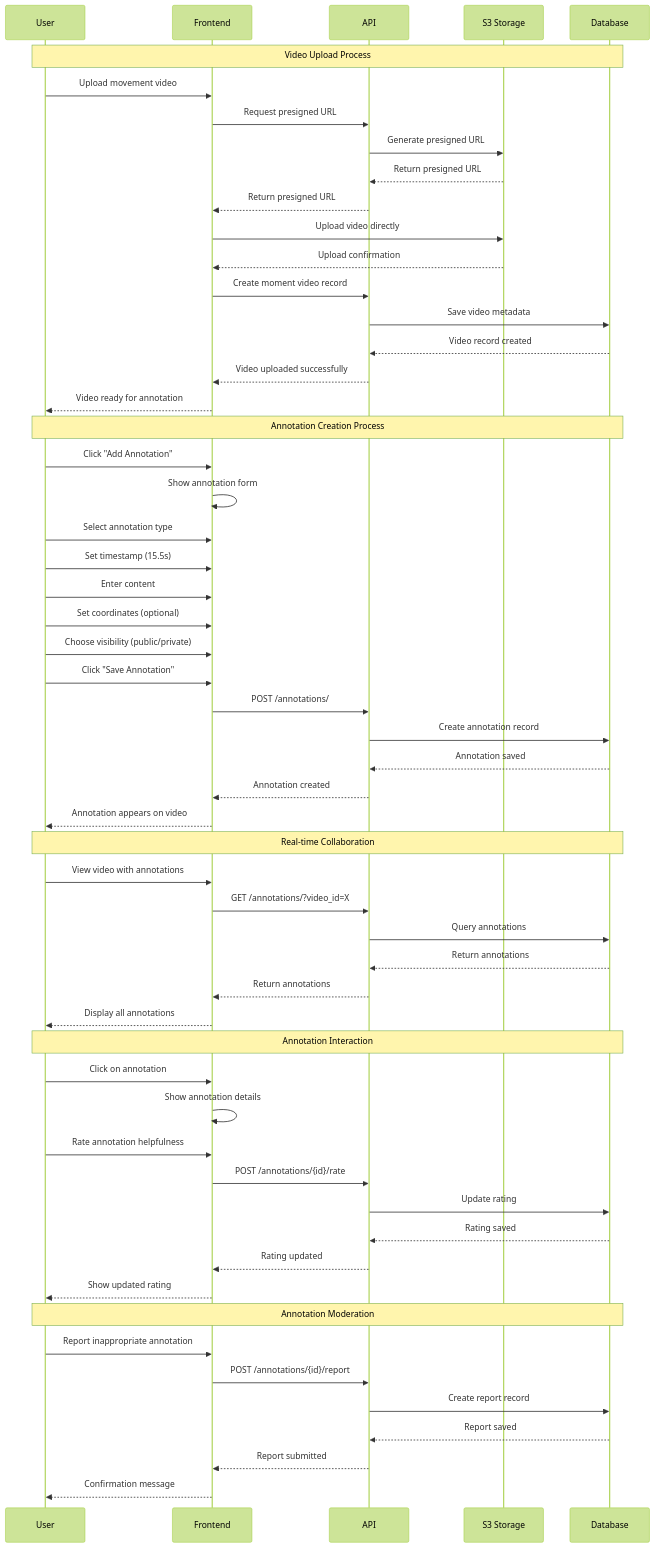
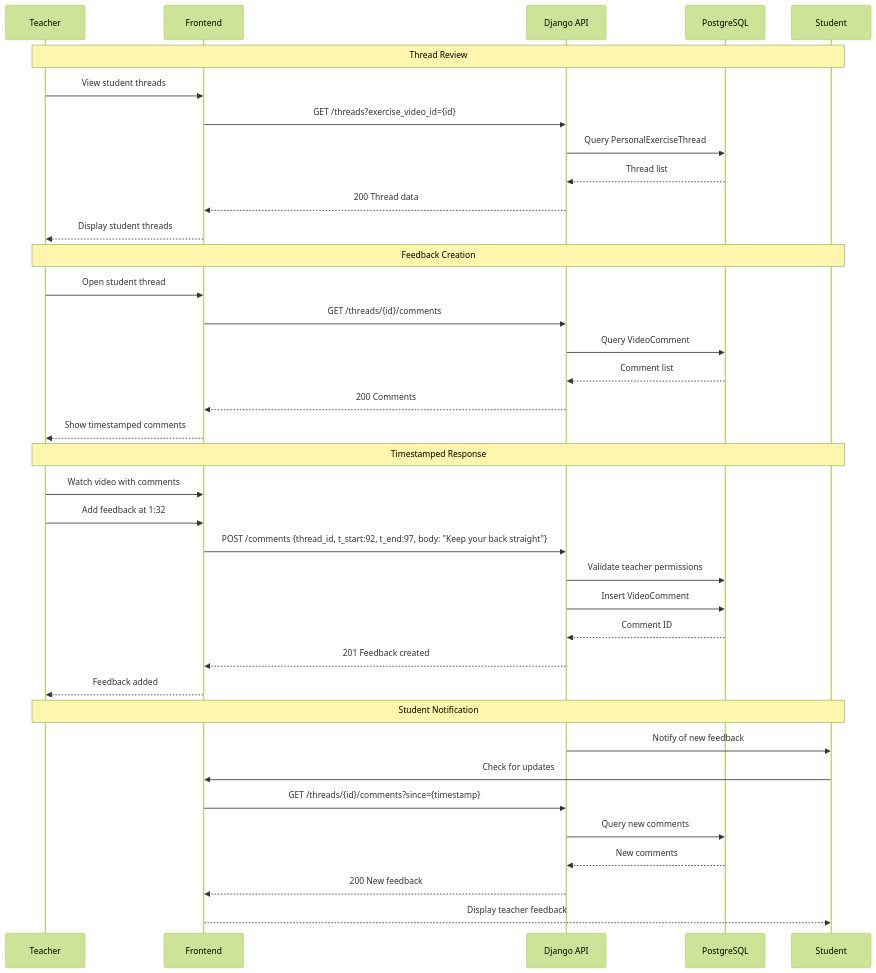
Before and after one commit to jacpagan/practica: the fourth of 9 diagrams in docs/flows/video-annotation-flow.md, drawn with Mermaid (forest theme). The commit also changed other lines of this file and 262 other files, not shown here.

First line of the commit message:
Clean up Practika project: Remove all code, keep only documentation

````diff
--- a/docs/flows/video-annotation-flow.md
+++ b/docs/flows/video-annotation-flow.md
@@ -3,63 +85,43 @@
 ```mermaid
 sequenceDiagram
-    participant U as User
-    participant F as Frontend
-    participant A as API
-    participant S3 as S3 Storage
-    participant DB as Database
+    participant T as Teacher
+    participant FE as Frontend
+    participant API as Django API
+    participant DB as PostgreSQL
+    participant S as Student
 
-    Note over U,DB: Video Upload Process
-    U->>F: Upload movement video
-    F->>A: Request presigned URL
-    A->>S3: Generate presigned URL
-    S3-->>A: Return presigned URL
-    A-->>F: Return presigned URL
-    F->>S3: Upload video directly
-    S3-->>F: Upload confirmation
-    F->>A: Create moment video record
-    A->>DB: Save video metadata
-    DB-->>A: Video record created
-    A-->>F: Video uploaded successfully
-    F-->>U: Video ready for annotation
+    Note over T,S: Thread Review
+    T->>FE: View student threads
+    FE->>API: GET /threads?exercise_video_id={id}
+    API->>DB: Query PersonalExerciseThread
+    DB-->>API: Thread list
+    API-->>FE: 200 Thread data
+    FE-->>T: Display student threads
 
-    Note over U,DB: Annotation Creation Process
-    U->>F: Click "Add Annotation"
-    F->>F: Show annotation form
-    U->>F: Select annotation type
-    U->>F: Set timestamp (15.5s)
-    U->>F: Enter content
-    U->>F: Set coordinates (optional)
-    U->>F: Choose visibility (public/private)
-    U->>F: Click "Save Annotation"
-    F->>A: POST /annotations/
-    A->>DB: Create annotation record
-    DB-->>A: Annotation saved
-    A-->>F: Annotation created
-    F-->>U: Annotation appears on video
+    Note over T,S: Feedback Creation
+    T->>FE: Open student thread
+    FE->>API: GET /threads/{id}/comments
+    API->>DB: Query VideoComment
+    DB-->>API: Comment list
+    API-->>FE: 200 Comments
+    FE-->>T: Show timestamped comments
 
-    Note over U,DB: Real-time Collaboration
-    U->>F: View video with annotations
-    F->>A: GET /annotations/?video_id=X
-    A->>DB: Query annotations
-    DB-->>A: Return annotations
-    A-->>F: Return annotations
-    F-->>U: Display all annotations
+    Note over T,S: Timestamped Response
+    T->>FE: Watch video with comments
+    T->>FE: Add feedback at 1:32
+    FE->>API: POST /comments {thread_id, t_start:92, t_end:97, body: "Keep your back straight"}
+    API->>DB: Validate teacher permissions
+    API->>DB: Insert VideoComment
+    DB-->>API: Comment ID
+    API-->>FE: 201 Feedback created
+    FE-->>T: Feedback added
 
-    Note over U,DB: Annotation Interaction
-    U->>F: Click on annotation
-    F->>F: Show annotation details
-    U->>F: Rate annotation helpfulness
-    F->>A: POST /annotations/{id}/rate
-    A->>DB: Update rating
-    DB-->>A: Rating saved
-    A-->>F: Rating updated
-    F-->>U: Show updated rating
-
-    Note over U,DB: Annotation Moderation
-    U->>F: Report inappropriate annotation
-    F->>A: POST /annotations/{id}/report
-    A->>DB: Create report record
-    DB-->>A: Report saved
-    A-->>F: Report submitted
-    F-->>U: Confirmation message
+    Note over T,S: Student Notification
+    API->>S: Notify of new feedback
+    S->>FE: Check for updates
+    FE->>API: GET /threads/{id}/comments?since={timestamp}
+    API->>DB: Query new comments
+    DB-->>API: New comments
+    API-->>FE: 200 New feedback
+    FE-->>S: Display teacher feedback
 ```
````
